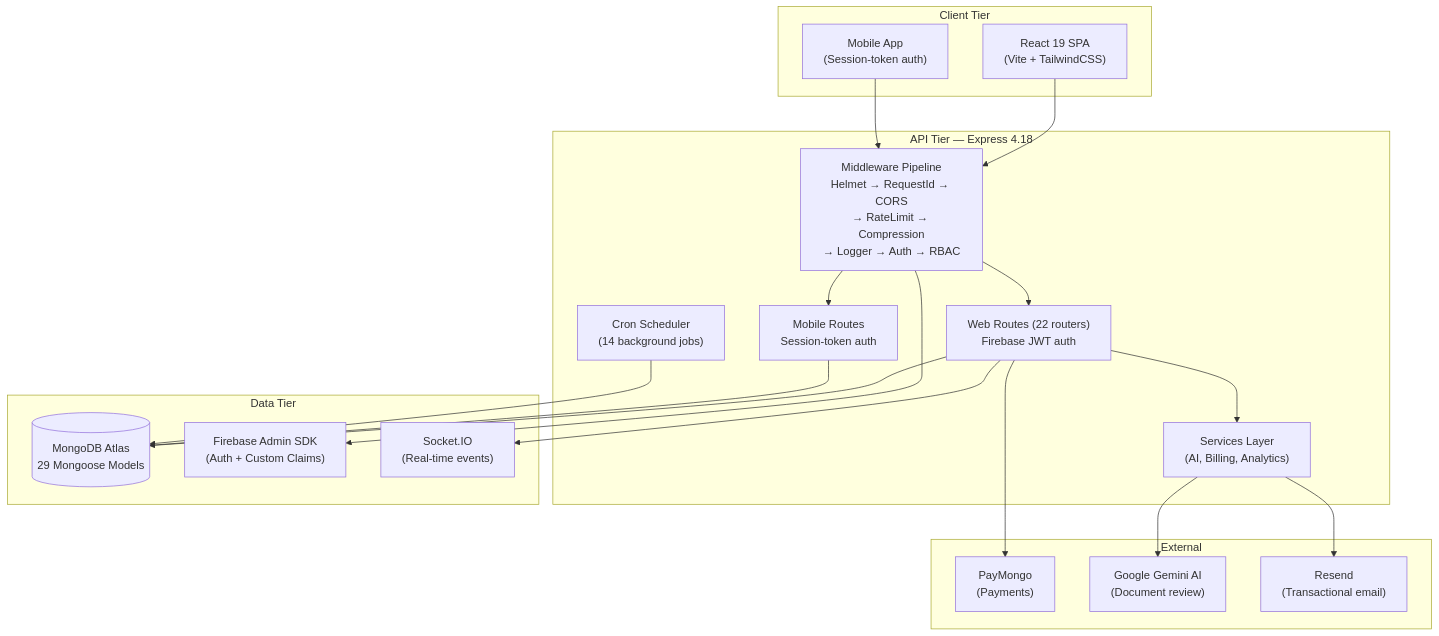
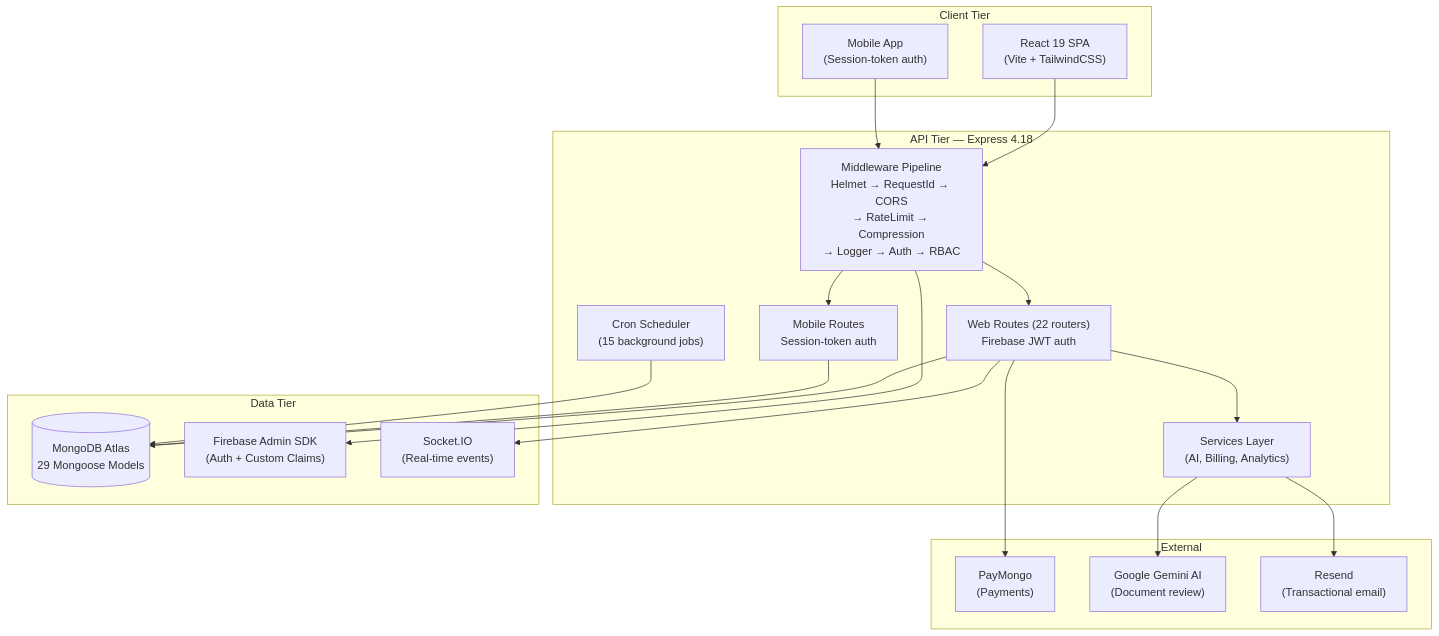
Before and after one commit to PlaytsDEV/Capstone-Website: the first of 2 diagrams in live_architecture_audit.md, drawn with Mermaid. The commit also changed other lines of this file and 22 other files, not shown here.

Commit message:
feat: Lease contract integration, admin actions optimization, UI flow updates, and live architecture audit sync

````diff
--- a/live_architecture_audit.md
+++ b/live_architecture_audit.md
@@ -11,37 +11,37 @@
 ```mermaid
 graph TB
     subgraph "Client Tier"
         WEB["React 19 SPA<br/>(Vite + TailwindCSS)"]
         MOB["Mobile App<br/>(Session-token auth)"]
     end
 
     subgraph "API Tier — Express 4.18"
         MW["Middleware Pipeline<br/>Helmet → RequestId → CORS<br/>→ RateLimit → Compression<br/>→ Logger → Auth → RBAC"]
         WR["Web Routes (22 routers)<br/>Firebase JWT auth"]
         MR["Mobile Routes<br/>Session-token auth"]
-        CRON["Cron Scheduler<br/>(14 background jobs)"]
+        CRON["Cron Scheduler<br/>(15 background jobs)"]
         SVC["Services Layer<br/>(AI, Billing, Analytics)"]
     end
 
     subgraph "Data Tier"
         MONGO[("MongoDB Atlas<br/>29 Mongoose Models")]
         FB["Firebase Admin SDK<br/>(Auth + Custom Claims)"]
         SOCKET["Socket.IO<br/>(Real-time events)"]
     end
 
     subgraph "External"
         PM["PayMongo<br/>(Payments)"]
         GEMINI["Google Gemini AI<br/>(Document review)"]
         RESEND["Resend<br/>(Transactional email)"]
     end
 
     WEB --> MW --> WR --> MONGO
     MOB --> MW --> MR --> MONGO
     WR --> SVC
     MW --> FB
     WR --> SOCKET
     WR --> PM
     SVC --> GEMINI
     SVC --> RESEND
     CRON --> MONGO
 ```
````
